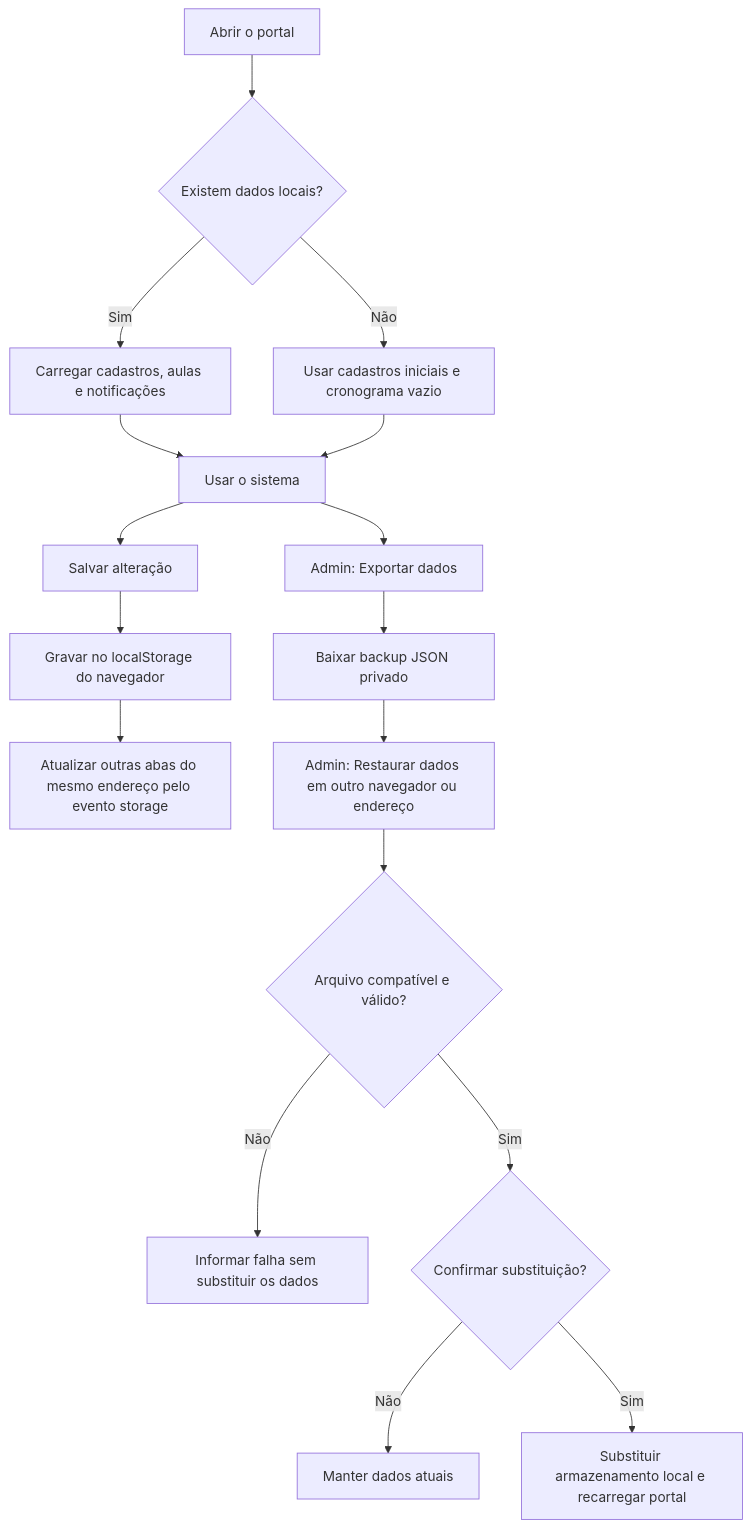
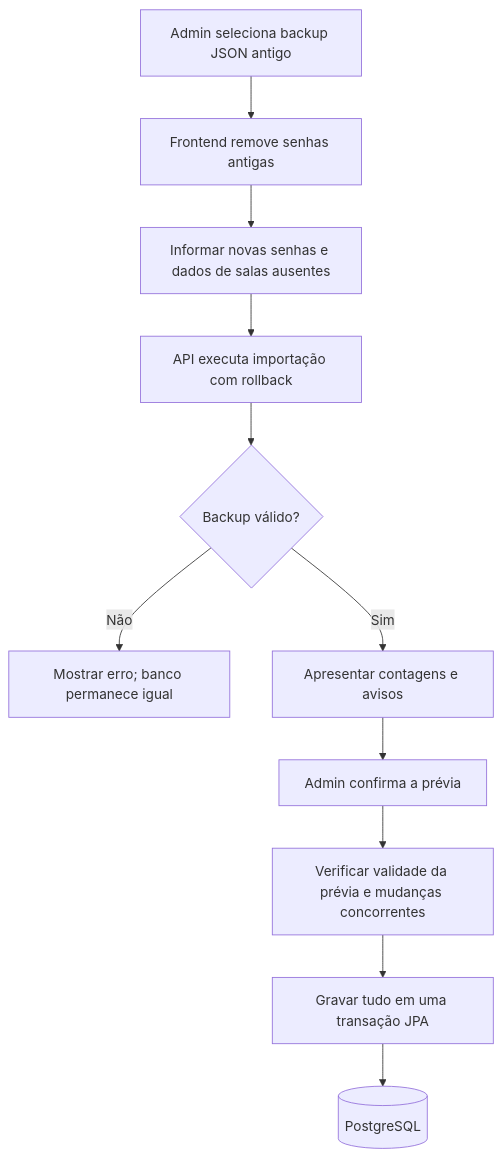
The seventh of 7 diagrams in docs/FLUXOGRAMAS.md (Jade46-prog/projeto-integrado-II-III), drawn with Mermaid before and after one commit. The commit also changed other lines of this file and 109 other files, not shown here.

````diff
--- a/docs/FLUXOGRAMAS.md
+++ b/docs/FLUXOGRAMAS.md
@@ -168,19 +131,13 @@
 ```mermaid
 flowchart TD
-    Abrir["Abrir o portal"] --> Local{"Existem dados locais?"}
-    Local -->|Sim| Carregar["Carregar cadastros, aulas e notificações"]
-    Local -->|Não| Inicial["Usar cadastros iniciais e cronograma vazio"]
-    Carregar --> Uso["Usar o sistema"]
-    Inicial --> Uso
-    Uso --> Alteracao["Salvar alteração"]
-    Alteracao --> Storage["Gravar no localStorage do navegador"]
-    Storage --> Abas["Atualizar outras abas do mesmo endereço pelo evento storage"]
-    Uso --> Exportar["Admin: Exportar dados"]
-    Exportar --> JSON["Baixar backup JSON privado"]
-    JSON --> Importar["Admin: Restaurar dados em outro navegador ou endereço"]
-    Importar --> Validar{"Arquivo compatível e válido?"}
-    Validar -->|Não| Erro["Informar falha sem substituir os dados"]
-    Validar -->|Sim| Confirmar{"Confirmar substituição?"}
-    Confirmar -->|Não| Preservar["Manter dados atuais"]
-    Confirmar -->|Sim| Gravar["Substituir armazenamento local e recarregar portal"]
+    Arquivo["Admin seleciona backup JSON antigo"] --> Limpar["Frontend remove senhas antigas"]
+    Limpar --> Complementar["Informar novas senhas e dados de salas ausentes"]
+    Complementar --> Previa["API executa importação com rollback"]
+    Previa --> Valido{"Backup válido?"}
+    Valido -->|Não| Erro["Mostrar erro; banco permanece igual"]
+    Valido -->|Sim| Revisar["Apresentar contagens e avisos"]
+    Revisar --> Confirmar["Admin confirma a prévia"]
+    Confirmar --> Verificar["Verificar validade da prévia e mudanças concorrentes"]
+    Verificar --> Gravar["Gravar tudo em uma transação JPA"]
+    Gravar --> Banco[(PostgreSQL)]
 ```
````
